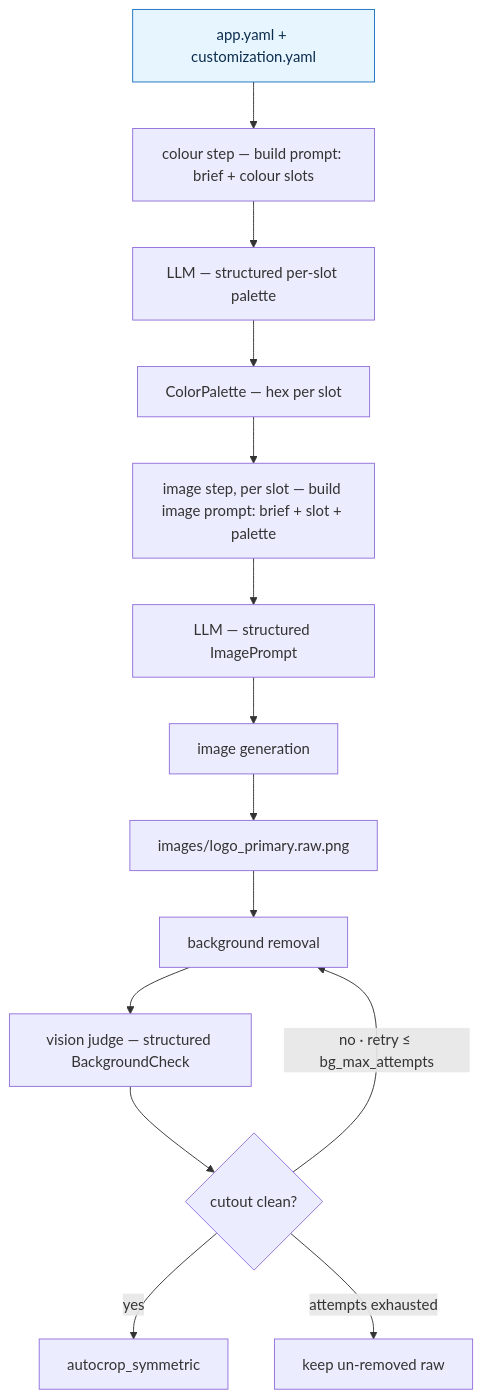
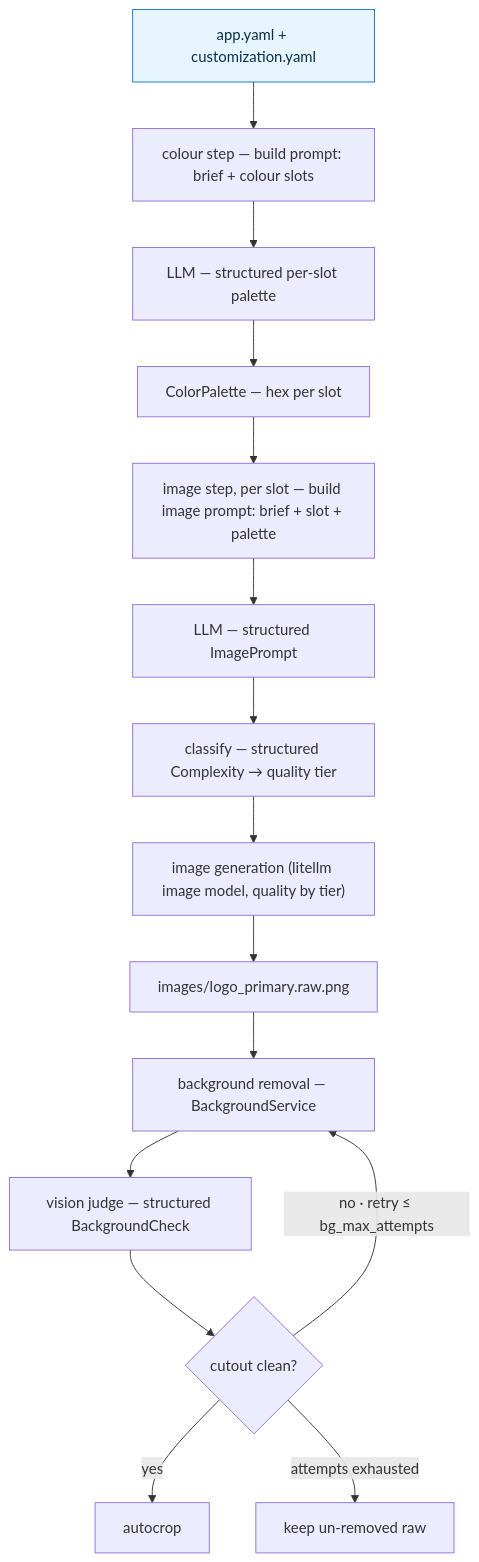
One commit to jesse51002/CombatDen changed the diagram in CustomizationService/README.md. Above: the diagram before and after it, drawn with Mermaid. The commit also changed other lines of this file and 117 other files, not shown here.

````diff
--- a/CustomizationService/README.md
+++ b/CustomizationService/README.md
@@ -17,24 +17,25 @@
 ```mermaid
 flowchart TD
     In["app.yaml + customization.yaml"]
     CBuild["colour step — build prompt: brief + colour slots"]
     CLLM["LLM — structured per-slot palette"]
     Palette["ColorPalette — hex per slot"]
     IBuild["image step, per slot — build image prompt: brief + slot + palette"]
     ILLM["LLM — structured ImagePrompt"]
-    Gen["image generation"]
+    Classify["classify — structured Complexity → quality tier"]
+    Gen["image generation (litellm image model, quality by tier)"]
     Raw["images/logo_primary.raw.png"]
-    BgRemove["background removal"]
+    BgRemove["background removal — BackgroundService"]
     BgCheck["vision judge — structured BackgroundCheck"]
     Decide{"cutout clean?"}
-    Crop["autocrop_symmetric"]
+    Crop["autocrop"]
     Fallback["keep un-removed raw"]
 
-    In --> CBuild --> CLLM --> Palette --> IBuild --> ILLM --> Gen --> Raw --> BgRemove --> BgCheck --> Decide
+    In --> CBuild --> CLLM --> Palette --> IBuild --> ILLM --> Classify --> Gen --> Raw --> BgRemove --> BgCheck --> Decide
     Decide -- "yes" --> Crop
     Decide -- "no · retry ≤ bg_max_attempts" --> BgRemove
     Decide -- "attempts exhausted" --> Fallback
 
     classDef yaml fill:#e7f5ff,stroke:#1971c2,color:#0c2d4d
     class In yaml
 ```
````
